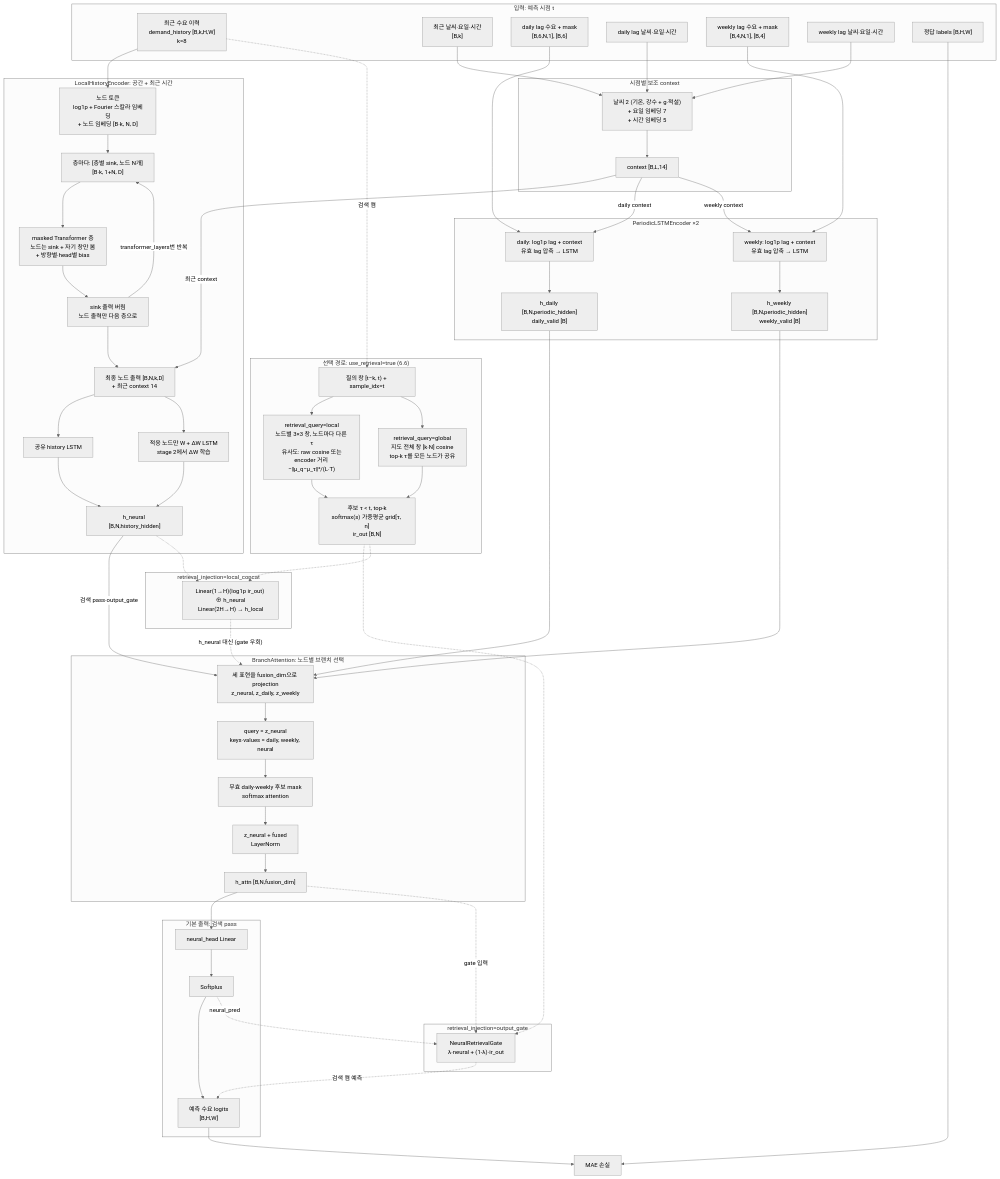
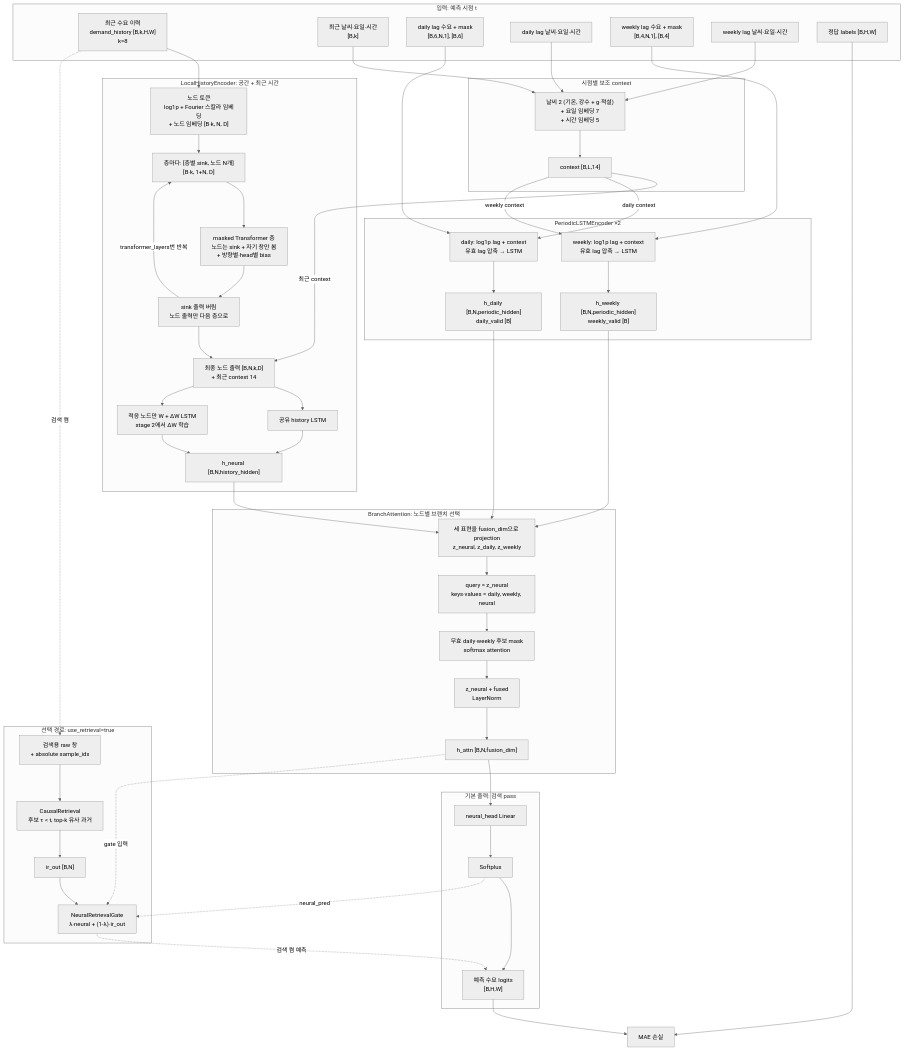
The diagram in docs/SPEC.md (dev-jake-kim/demandprediction), drawn with Mermaid (neutral theme) before and after one commit. The commit also changed other lines of this file and 17 other files, not shown here.

Commit message:
Revert retrieval encoder and global retrieval work (409b7d7..f1e44ce): back to the adopted-model code (d3a4507), keeping the output/candidate note

````diff
--- a/docs/SPEC.md
+++ b/docs/SPEC.md
@@ -91,7 +90,7 @@
         A1 --> A2 --> A3 --> A4 --> HA
     end
 
-    HN -->|"검색 pass·output_gate"| A1
+    HN --> A1
     HD --> A1
     HW --> A1
 
@@ -106,29 +105,16 @@
     PRED --> LOSS["MAE 손실"]
     Y --> LOSS
 
-    subgraph RET["선택 경로: use_retrieval=true (6.6)"]
-        R1["질의 창 [t−k, t) + sample_idx=t"]
-        R2L["retrieval_query=local<br/>노드별 3×3 창, 노드마다 다른 τ<br/>유사도: raw cosine 또는<br/>encoder 거리 −‖μ_q−μ_τ‖²/(L·T)"]
-        R2G["retrieval_query=global<br/>지도 전체 창 [k·N] cosine<br/>top-k τ를 모든 노드가 공유"]
-        R3["후보 τ < t, top-k<br/>softmax(s) 가중평균 grid[τ, n]<br/>ir_out [B,N]"]
-        R1 --> R2L --> R3
-        R1 --> R2G --> R3
-    end
-
-    subgraph INJ_G["retrieval_injection=output_gate"]
+    subgraph RET["선택 경로: use_retrieval=true"]
+        R1["검색용 raw 창<br/>+ absolute sample_idx"]
+        R2["CausalRetrieval<br/>후보 τ < t, top-k 유사 과거"]
+        R3["ir_out [B,N]"]
         R4["NeuralRetrievalGate<br/>λ·neural + (1-λ)·ir_out"]
-    end
-
-    subgraph INJ_L["retrieval_injection=local_concat"]
-        R5["Linear(1→H)(log1p ir_out) ⊕ h_neural<br/>Linear(2H→H) → h_local"]
+        R1 --> R2 --> R3 --> R4
     end
 
     H -.->|"검색 켬"| R1
-    R3 -.-> R4
     HA -.->|"gate 입력"| R4
     O2 -.->|"neural_pred"| R4
     R4 -.->|"검색 켬 예측"| PRED
-    R3 -.-> R5
-    HN -.-> R5
-    R5 -.->|"h_neural 대신 (gate 우회)"| A1
 ```
````
